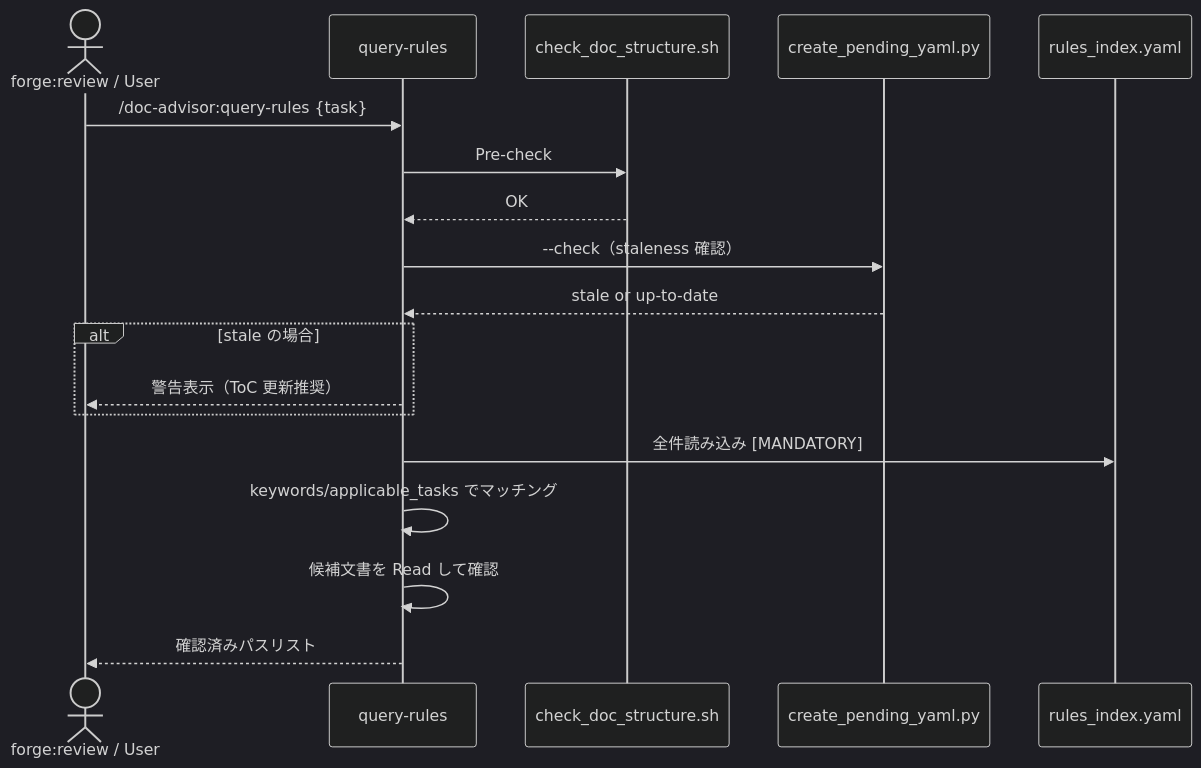
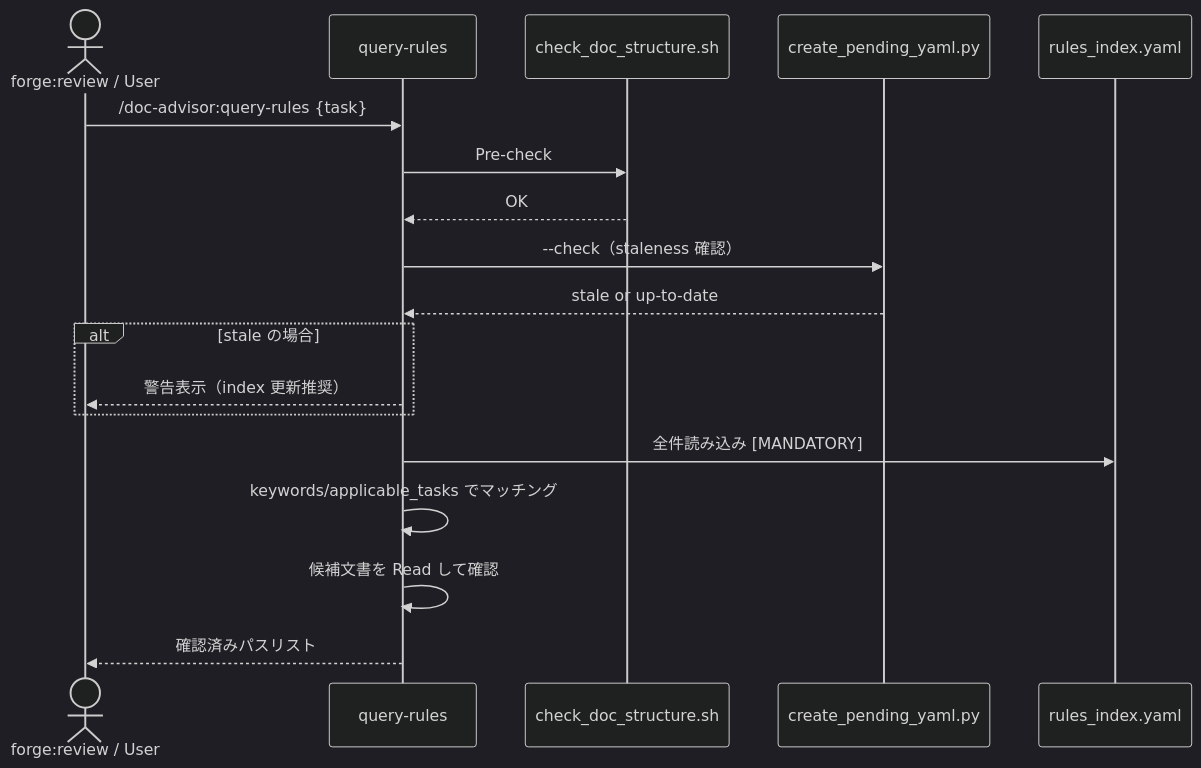
The third of 3 diagrams in docs/specs/doc-advisor/design/DES-001_plugin_migration_design.md (BlueEventHorizon/bw-cc-plugins), drawn with Mermaid (dark theme) before and after one commit. The commit also changed other lines of this file and 9 other files, not shown here.

````diff
--- a/docs/specs/doc-advisor/design/DES-001_plugin_migration_design.md
+++ b/docs/specs/doc-advisor/design/DES-001_plugin_migration_design.md
@@ -221,21 +221,21 @@
 ```mermaid
 sequenceDiagram
     actor Caller as forge:review / User
     participant Skill as query-rules
     participant CDS as check_doc_structure.sh
     participant CPY as create_pending_yaml.py
-    participant ToC as rules_index.yaml
+    participant Index as rules_index.yaml
 
     Caller->>Skill: /doc-advisor:query-rules {task}
     Skill->>CDS: Pre-check
     CDS-->>Skill: OK
     Skill->>CPY: --check（staleness 確認）
     CPY-->>Skill: stale or up-to-date
     alt stale の場合
-        Skill-->>Caller: 警告表示（ToC 更新推奨）
+        Skill-->>Caller: 警告表示（index 更新推奨）
     end
-    Skill->>ToC: 全件読み込み [MANDATORY]
+    Skill->>Index: 全件読み込み [MANDATORY]
     Skill->>Skill: keywords/applicable_tasks でマッチング
     Skill->>Skill: 候補文書を Read して確認
     Skill-->>Caller: 確認済みパスリスト
 ```
````
